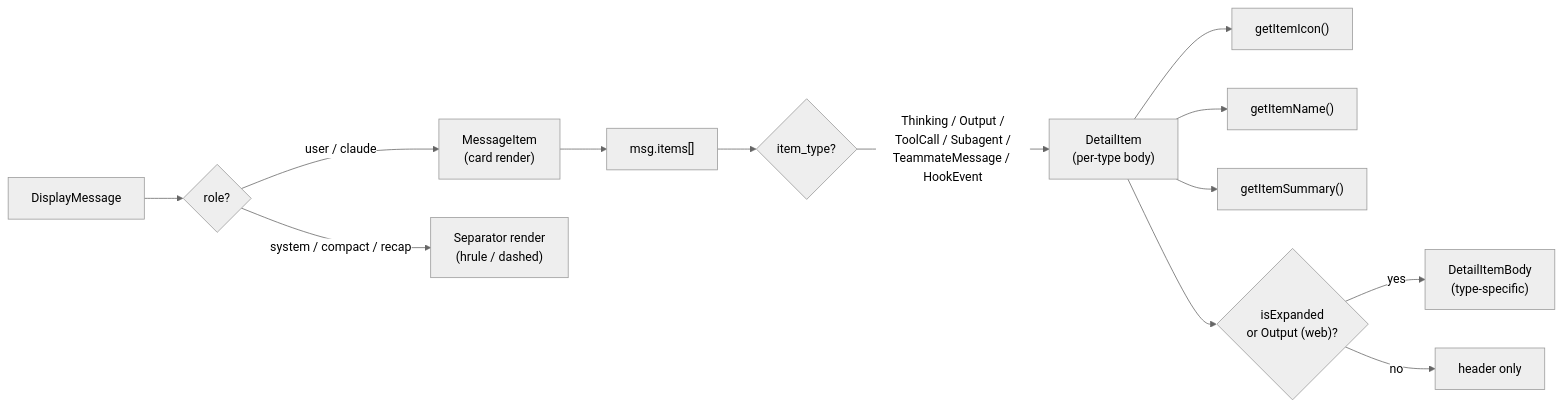
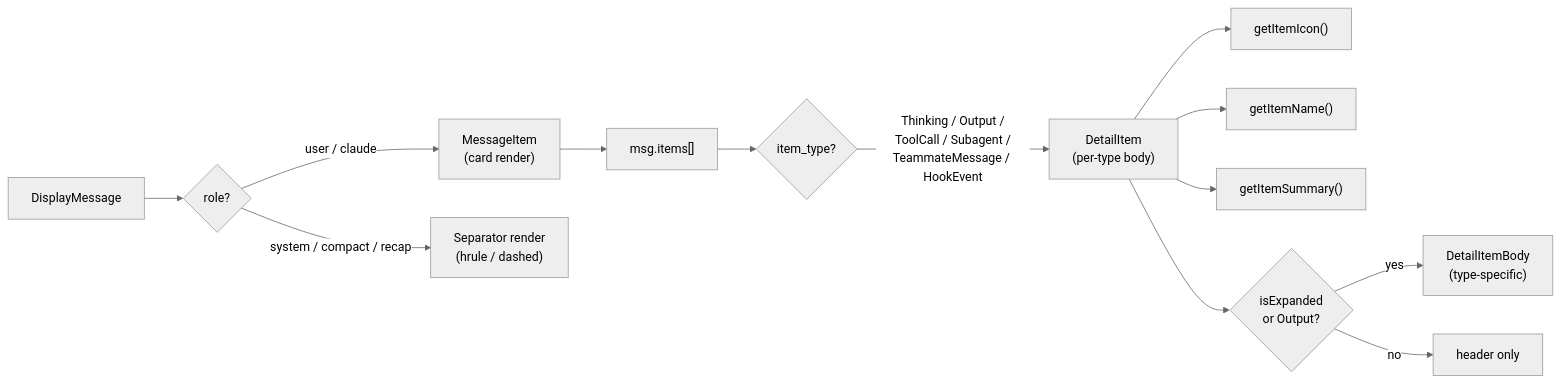
The first of 11 diagrams in specs/13-item-rendering.md (delexw/claude-code-trace), drawn with Mermaid (neutral theme) before and after one commit. The commit also changed other lines of this file and 3 other files, not shown here.

````diff
--- a/specs/13-item-rendering.md
+++ b/specs/13-item-rendering.md
@@ -17,18 +17,18 @@
 ```mermaid
 flowchart LR
     MSG["DisplayMessage"]
     MSG --> MI{"role?"}
     MI -->|"user / claude"| MIT["MessageItem\n(card render)"]
     MI -->|"system / compact / recap"| SEP["Separator render\n(hrule / dashed)"]
 
     MIT --> ITEMS["msg.items[]"]
     ITEMS --> IT{"item_type?"}
     IT -->|"Thinking / Output /\nToolCall / Subagent /\nTeammateMessage / HookEvent"| DI["DetailItem\n(per-type body)"]
 
     DI --> ICON["getItemIcon()"]
     DI --> NAME["getItemName()"]
     DI --> SUMMARY["getItemSummary()"]
-    DI --> BODY{"isExpanded\nor Output (web)?"}
+    DI --> BODY{"isExpanded\nor Output?"}
     BODY -->|"yes"| DIB["DetailItemBody\n(type-specific)"]
     BODY -->|"no"| HIDE["header only"]
 ```
````
